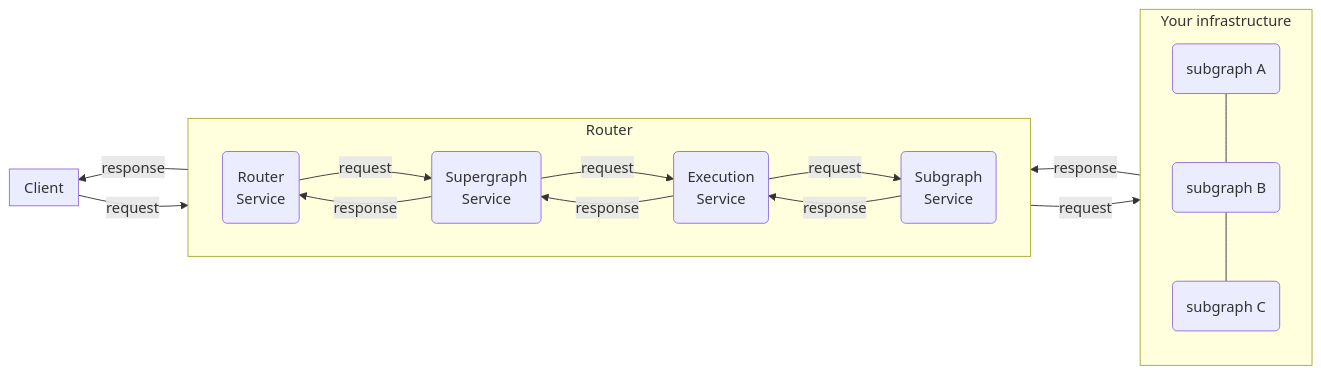
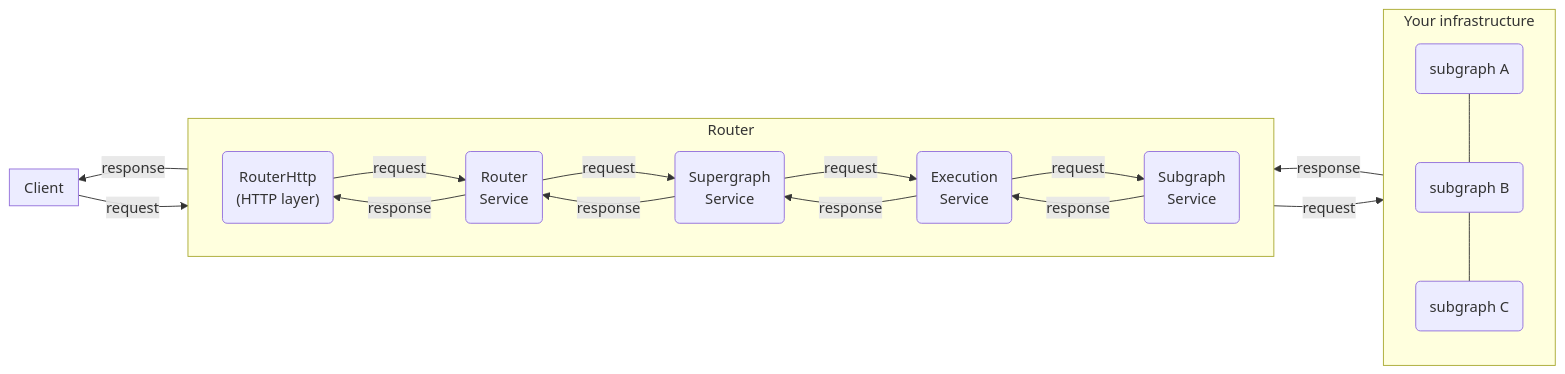
The diagram in docs/shared/diagrams/router-request-lifecycle-overview.mdx (apollographql/router), drawn with Mermaid before and after one commit. The commit also changed 16 other files, not shown here.

````diff
--- a/docs/shared/diagrams/router-request-lifecycle-overview.mdx
+++ b/docs/shared/diagrams/router-request-lifecycle-overview.mdx
@@ -1,29 +1,30 @@
 ```mermaid
 flowchart RL
     subgraph client["Client"]
     end
 
     subgraph router["Router"]
         direction LR
+        routerHttpService("RouterHttp <br/> (HTTP layer)")
         routerService("Router <br/> Service")
         supergraphService("Supergraph <br/> Service")
         executionService("Execution <br/> Service")
         subgraphService("Subgraph <br/> Service")
-        routerService -->|request| supergraphService -->|request| executionService -->|request| subgraphService
-        subgraphService -->|response| executionService -->|response| supergraphService -->|response| routerService
+        routerHttpService -->|request| routerService -->|request| supergraphService -->|request| executionService -->|request| subgraphService
+        subgraphService -->|response| executionService -->|response| supergraphService -->|response| routerService -->|response| routerHttpService
 
     end
 
     subgraph infra["Your infrastructure"]
       direction TB
       api1("subgraph A");
       api2("subgraph B");
       api3("subgraph C");
       api1 --- api2 --- api3 
 
     end
 
 client -->|request| router -->|request| infra
 
 infra -->|response| router -->|response| client
 ```
````
